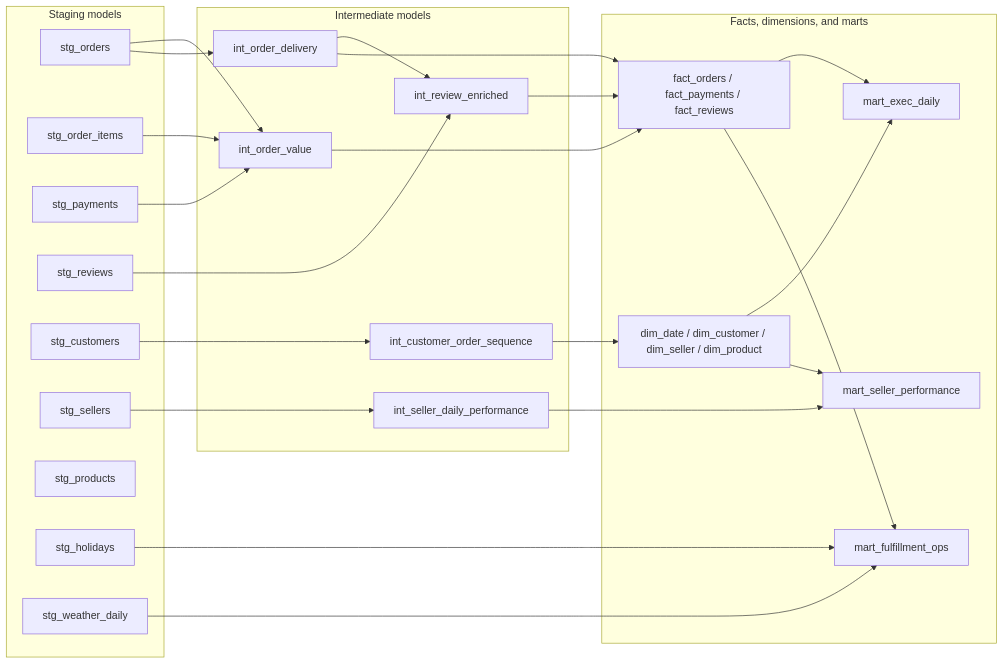
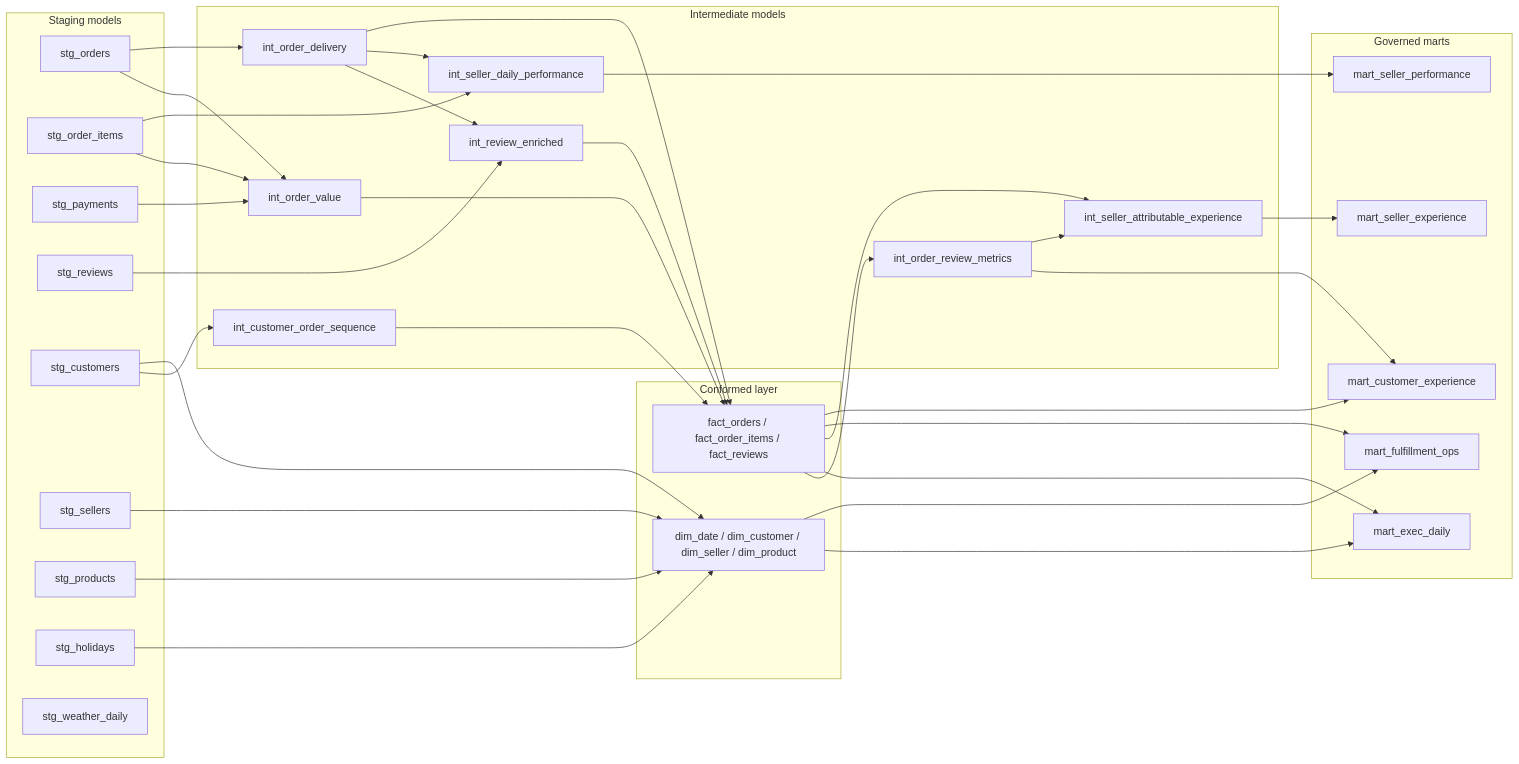
One commit to cchoooots98/marketplace-analytics-platform changed the second of 3 diagrams in docs/architecture.md. Above: the diagram before and after it, drawn with Mermaid. The commit also changed other lines of this file and 6 other files, not shown here.

First line of the commit message:
docs: document mart contracts, metrics, dashboards, and ADRs

````diff
--- a/docs/architecture.md
+++ b/docs/architecture.md
@@ -121,50 +74,69 @@
 ```mermaid
 flowchart LR
     subgraph staging["Staging models"]
         stg_orders["stg_orders"]
         stg_items["stg_order_items"]
         stg_payments["stg_payments"]
         stg_reviews["stg_reviews"]
         stg_customers["stg_customers"]
         stg_sellers["stg_sellers"]
         stg_products["stg_products"]
         stg_holidays["stg_holidays"]
         stg_weather["stg_weather_daily"]
     end
 
     subgraph intermediate["Intermediate models"]
         int_value["int_order_value"]
         int_delivery["int_order_delivery"]
         int_sequence["int_customer_order_sequence"]
         int_review["int_review_enriched"]
-        int_seller["int_seller_daily_performance"]
+        int_review_metrics["int_order_review_metrics"]
+        int_seller_perf["int_seller_daily_performance"]
+        int_seller_exp["int_seller_attributable_experience"]
     end
 
-    subgraph marts["Facts, dimensions, and marts"]
-        facts["fact_orders / fact_payments / fact_reviews"]
+    subgraph conformed["Conformed layer"]
         dims["dim_date / dim_customer / dim_seller / dim_product"]
+        facts["fact_orders / fact_order_items / fact_reviews"]
+    end
+
+    subgraph marts["Governed marts"]
         exec["mart_exec_daily"]
-        seller["mart_seller_performance"]
-        ops["mart_fulfillment_ops"]
+        seller_perf["mart_seller_performance"]
+        seller_exp["mart_seller_experience"]
+        fulfill["mart_fulfillment_ops"]
+        cx["mart_customer_experience"]
     end
 
     stg_orders --> int_value
     stg_items --> int_value
     stg_payments --> int_value
     stg_orders --> int_delivery
     stg_customers --> int_sequence
     stg_reviews --> int_review
     int_delivery --> int_review
-    stg_sellers --> int_seller
+    facts --> int_review_metrics
+    stg_items --> int_seller_perf
+    int_delivery --> int_seller_perf
+
+    stg_customers --> dims
+    stg_sellers --> dims
+    stg_products --> dims
+    stg_holidays --> dims
+
     int_value --> facts
     int_delivery --> facts
-    int_sequence --> dims
+    int_sequence --> facts
     int_review --> facts
-    int_seller --> seller
+
     facts --> exec
-    facts --> ops
+    int_review_metrics --> cx
+    int_review_metrics --> int_seller_exp
+    facts --> int_seller_exp
+    int_seller_perf --> seller_perf
+    int_seller_exp --> seller_exp
+    facts --> fulfill
+    facts --> cx
     dims --> exec
-    dims --> seller
-    stg_holidays --> ops
-    stg_weather --> ops
+    dims --> fulfill
 ```
````
